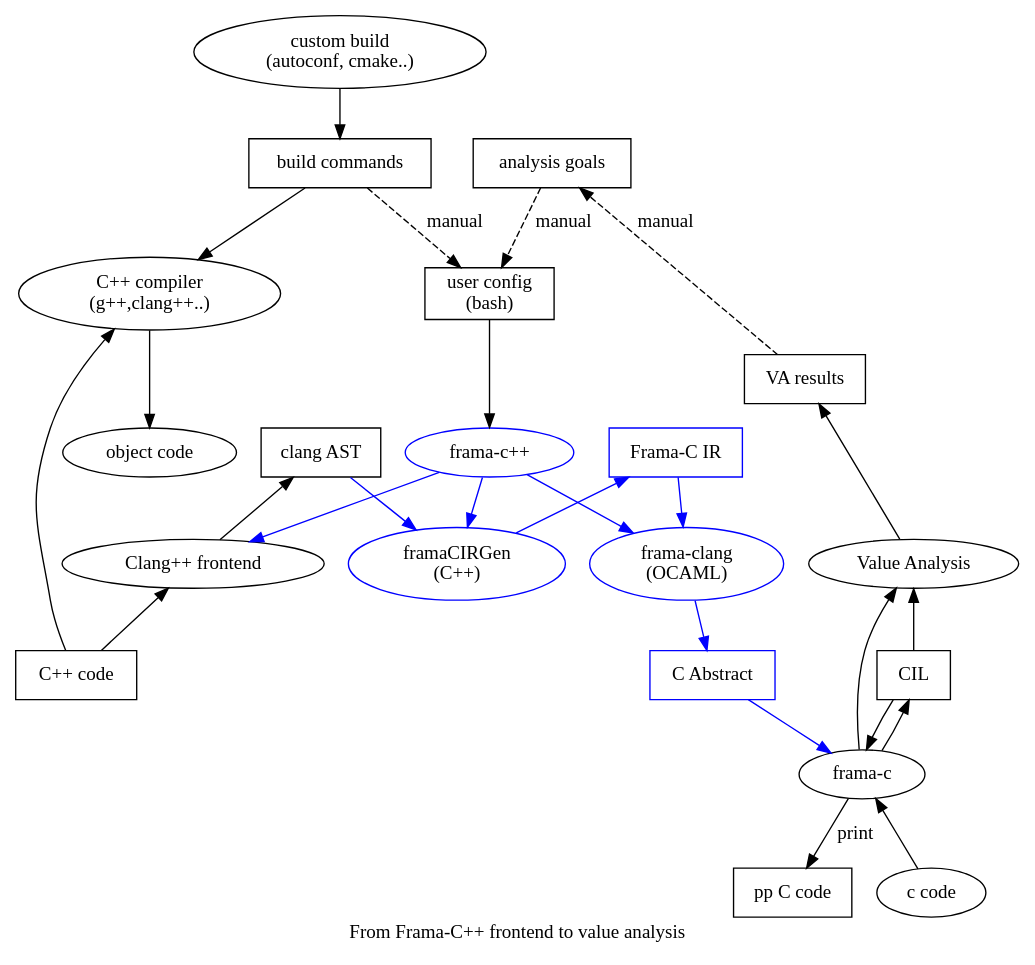
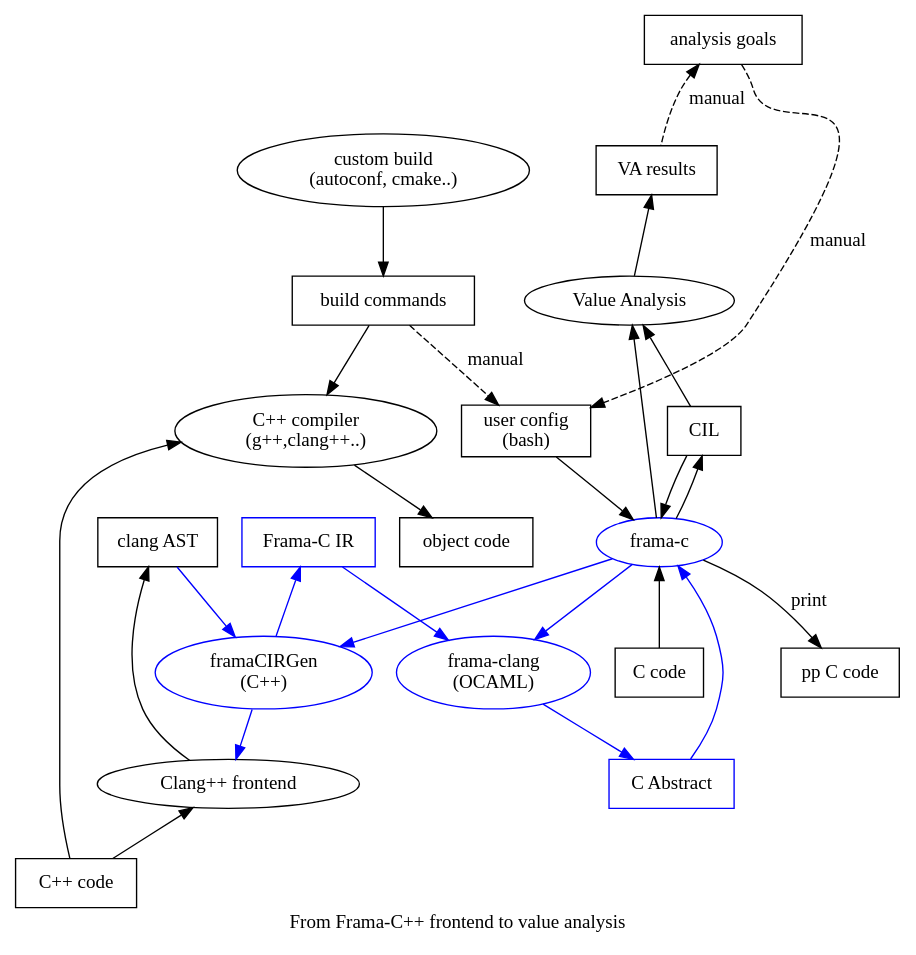
One commit to hbalp/callers changed the eighth of 11 diagrams in doc/callers.org. Above: the diagram before and after it, drawn with Graphviz. The commit also changed other lines of this file, not shown here.

```diff
--- a/doc/callers.org
+++ b/doc/callers.org
@@ -625,94 +625,31 @@
 labelloc="b"
 label="From Frama-C++ frontend to value analysis"
 
-// "scan-build" [ label="clang scan-build" ]
-
 // user build
 "user build" [ label="custom build\n(autoconf, cmake..)" ]
 "build commands" [ label="build commands", shape=box ]
 "user build" -> "build commands"
 
-// // scan build
-// "scan-build" -> "user build"
-// "scan-build" -> "build commands" [ dir=back ]
-
-// // compilation
-// "object code" [ shape="box" ]
-
-// // c compilation
-// "c code" [ label="C code", shape="box" ]
-// "c compiler" [ label="C compiler\n(gcc, clang..)" ]
-// "build commands" -> "c compiler"
-// "c compiler" -> "c code" [ dir=back ]
-// "c compiler" -> "object code"
-
-// // c++ compilation
-"cpp code" [ label="C++ code", shape="box" ]
+// c++ compilation
+"c code" [ shape=box, label="C code" ]
+"cpp code" [ label="C++ code", shape=box ]
 "cpp compiler" [ label="C++ compiler\n(g++,clang++..)" ]
+"object code" [ label="object code", shape="box" ]
 "build commands" -> "cpp compiler"
 "cpp compiler" -> "cpp code" [ dir=back ]
 "cpp compiler" -> "object code"
 
-// // cmake build
-// "compile_commands" [ label="compile_commands.json", shape=box ]
-// "cmake build" -> "cpp compiler"
-// "cmake build" -> "c compiler"
-// "cmake build" -> "compile_commands"
+"clang AST" [ shape=box ]
 
-// // clang compilation
-// "clang object code" [ label="Clang/LLVM object code", shape="box" ]
-// "llvm" [ label="LLVM" ]
-// //"llvm" [ label="LLVM Optimizer\n& Code Generator" ]
-// "llvm" -> "clang object code"
-
-// // clang compilation of C code
-// "clang compiler" [ label="Clang compiler" ]
-"clang AST" [ shape=box ]
-// "scan-build" -> "clang compiler"
-// "clang frontend" [ label="Clang frontend" ]
-// "clang frontend" -> "c code" [ dir=back ]
-// //"clang frontend" -> "clang AST"
-// "clang AST" -> "clang frontend" [ dir=back ]
-// "clang compiler" -> "clang frontend"
-// "clang compiler" -> "clang AST"  [ dir=back ]
-// "clang compiler" -> "llvm"
-
-// // clang++ compilation of C++ code
-// "clang++ compiler" [ label="Clang++ compiler" ]
-// "scan-build" -> "clang++ compiler"
 "clang++ frontend" [ label="Clang++ frontend" ]
 "clang++ frontend" -> "cpp code" [ dir=back ]
 "clang AST" -> "clang++ frontend" [ dir=back ]
-// "clang++ compiler" -> "clang++ frontend"
-// "clang++ compiler" -> "clang AST"  [ dir=back ]
-// "clang++ compiler" -> "llvm"
 
-// // clang analysis
-// "clang analysis results" [ shape="box" ]
-// "scan-build" -> "clang static analyzer"
-// "clang static analyzer" -> "clang checkers"
-// "clang checkers" -> "clang analysis results"
-// "clang checkers" -> "clang AST" [ dir=back ]
-
-// // clang C code analysis
-// "clang static analyzer" -> "clang frontend"
-
-// // clang C++ code analysis
-// "clang static analyzer" -> "clang++ frontend"
-
-// "metadata json files" [ shape="box", color=green ]
-
-// "analysis goals" [ label="analysis goals", shape=box, color=green ]
-// "user config" [ label="user analysis\nbash script", shape=box, color=green ]
-// "analysis goals" -> "user config" [ style=dashed, label=manual, color=green ]
-// "analysis goals" -> "function callgraphs" [ style=dashed, label="manual", dir=back, color=green ]
-// "function callgraphs" [ label="function callgraphs\n.dot files", shape=box, color=green ]
-
-// frama-c++
-"frama-c++" [ label="frama-c++", color=blue ]
-"frama-c++" -> "clang++ frontend" [ color=blue ]
-"frama-c++" -> "framaCIRGen" [ color=blue ]
-"frama-c++" -> "frama-clang" [ color=blue ]
+// frama-c
+"frama-c" [ label="frama-c", color=blue ]
+"frama-c" -> "framaCIRGen" [ color=blue ]
+"framaCIRGen" -> "clang++ frontend" [ color=blue ]
+"frama-c" -> "frama-clang" [ color=blue ]
 
 // frama-clang analysis
 "frama-clang" [ label="frama-clang\n(OCAML)", color=blue ]
@@ -731,11 +668,6 @@
 //"cabs" -> "frama-clang" [ dir=back, color=blue ]
 "cabs" -> "frama-c" [ color=blue ]
 //"cabs" -> "frama-c" [ dir=back ]
-
-// // security analysis plugins
-// "fc security plugins" [ label="STANCE frama-c\nsecurity plugins", color=blue ]
-// "fc security plugins" -> "VA results" [ dir=back, color=blue ]
-// "security analysis results" -> "fc security plugins" [ dir=back, color=blue ]
 
 // frama-c value analysis
 "VA results" [ shape=box ]
@@ -762,7 +694,7 @@
 "user config" [ label="user config\n(bash)", shape=box ]
 "analysis goals" -> "user config" [ style=dashed, label=manual ]
 "build commands" -> "user config" [ style=dashed, label=manual ]
-"user config" -> "frama-c++"
+"user config" -> "frama-c"
 "analysis goals" -> "VA results" [ style=dashed, label="manual", dir=back ]
 }
 
```
